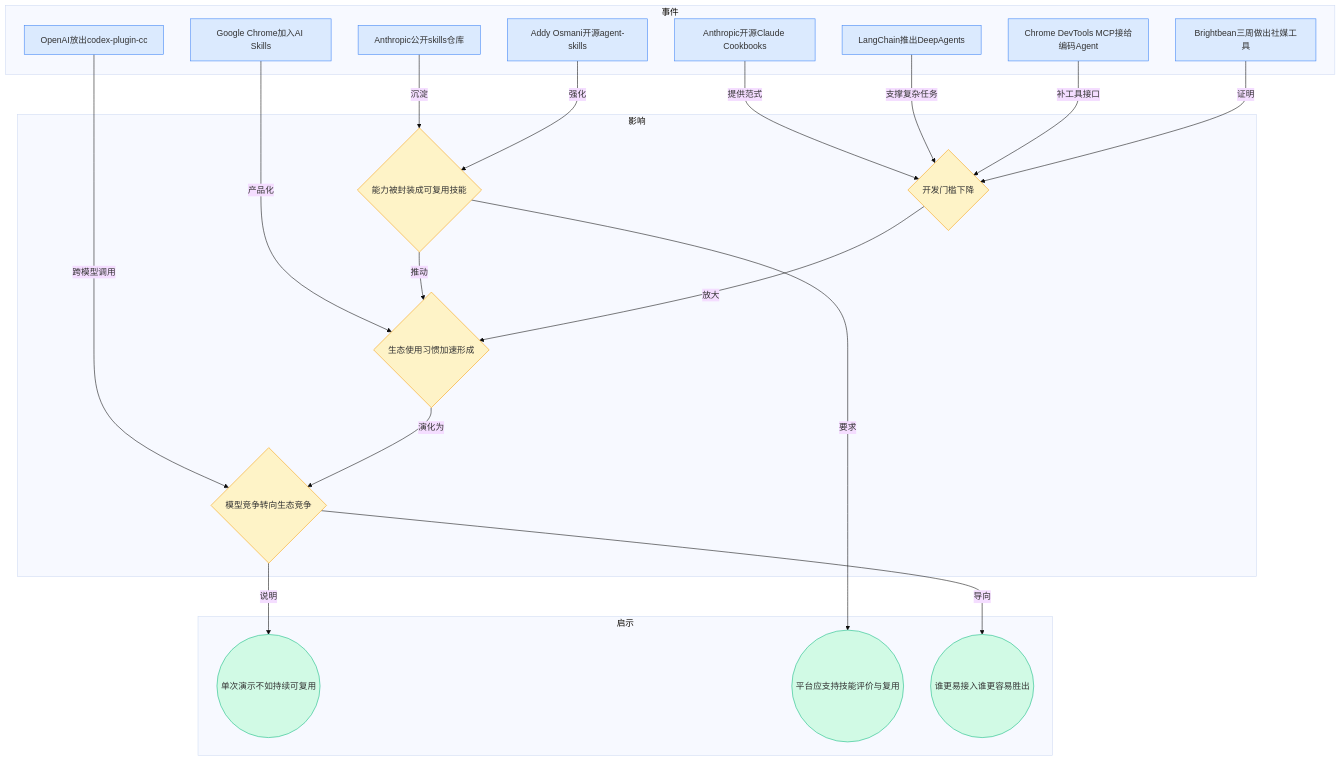
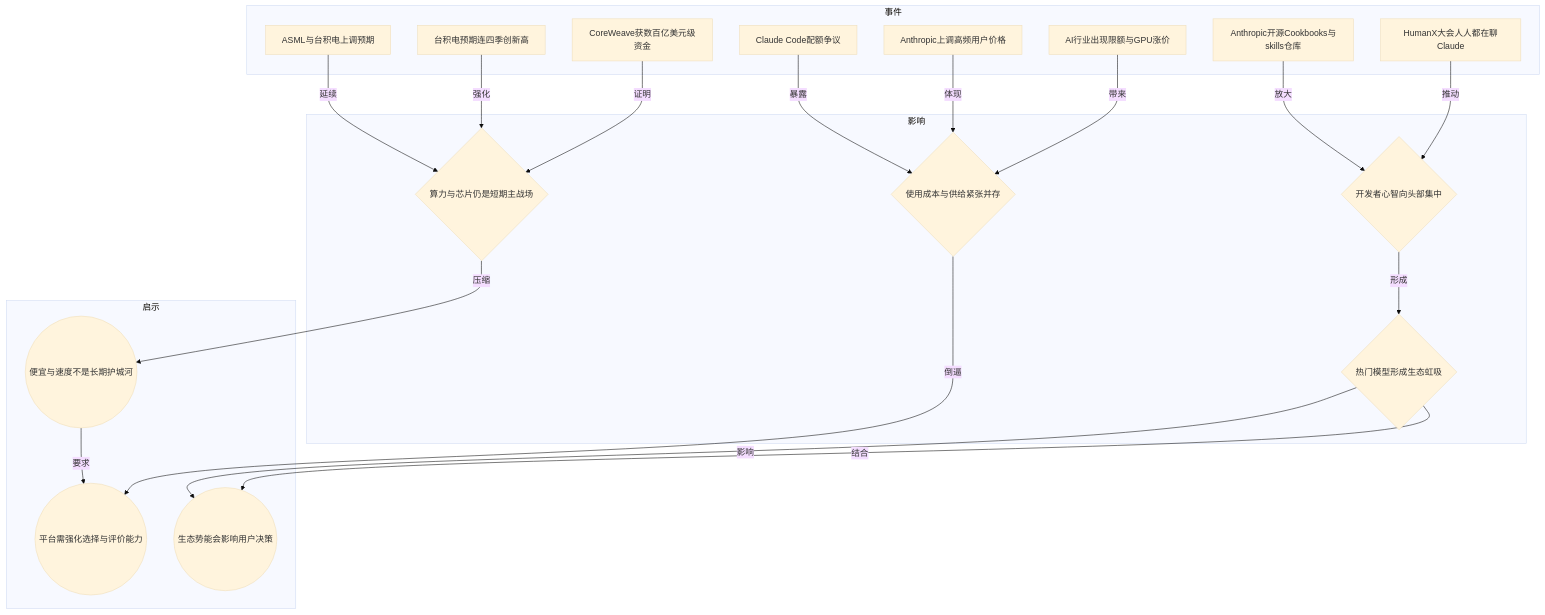
Before and after one commit to ylzsdafei/ai-daily-site: the sixth of 8 diagrams in content/cn/blog/weekly/2026-W16.md, drawn with Mermaid (base theme). The commit also changed other lines of this file and 4 other files, not shown here.

````diff
--- a/content/cn/blog/weekly/2026-W16.md
+++ b/content/cn/blog/weekly/2026-W16.md
@@ -172,44 +153,38 @@
 ```mermaid
 graph TD
 subgraph 事件
-A[Anthropic开源Claude Cookbooks]
-B[Anthropic公开skills仓库]
-C[Addy Osmani开源agent-skills]
-D[LangChain推出DeepAgents]
-E[Chrome DevTools MCP接给编码Agent]
-F[OpenAI放出codex-plugin-cc]
-G[Brightbean三周做出社媒工具]
-H[Google Chrome加入AI Skills]
+A[CoreWeave获数百亿美元级资金]
+B[台积电预期连四季创新高]
+C[ASML与台积电上调预期]
+D[AI行业出现限额与GPU涨价]
+E[Anthropic上调高频用户价格]
+F[HumanX大会人人都在聊Claude]
+G[Anthropic开源Cookbooks与skills仓库]
+H[Claude Code配额争议]
 end
 subgraph 影响
-I{能力被封装成可复用技能}
-J{开发门槛下降}
-K{生态使用习惯加速形成}
-L{模型竞争转向生态竞争}
+I{算力与芯片仍是短期主战场}
+J{热门模型形成生态虹吸}
+K{使用成本与供给紧张并存}
+L{开发者心智向头部集中}
 end
 subgraph 启示
-M((单次演示不如持续可复用))
-N((平台应支持技能评价与复用))
-O((谁更易接入谁更容易胜出))
+M((便宜与速度不是长期护城河))
+N((平台需强化选择与评价能力))
+O((生态势能会影响用户决策))
 end
-A -->|提供范式| J
-B -->|沉淀| I
-C -->|强化| I
-D -->|支撑复杂任务| J
-E -->|补工具接口| J
-F -->|跨模型调用| L
-G -->|证明| J
-H -->|产品化| K
-I -->|推动| K
-J -->|放大| K
-K -->|演化为| L
-L -->|说明| M
-I -->|要求| N
-L -->|导向| O
-classDef blue fill:#dbeafe,stroke:#3b82f6
-classDef yellow fill:#fef3c7,stroke:#f59e0b
-classDef green fill:#d1fae5,stroke:#10b981
-class A,B,C,D,E,F,G,H blue
-class I,J,K,L yellow
-class M,N,O green
+A -->|证明| I
+B -->|强化| I
+C -->|延续| I
+D -->|带来| K
+E -->|体现| K
+H -->|暴露| K
+F -->|推动| L
+G -->|放大| L
+I -->|压缩| M
+J -->|结合| O
+K -->|倒逼| N
+L -->|形成| J
+J -->|影响| O
+M -->|要求| N
 ```
````
